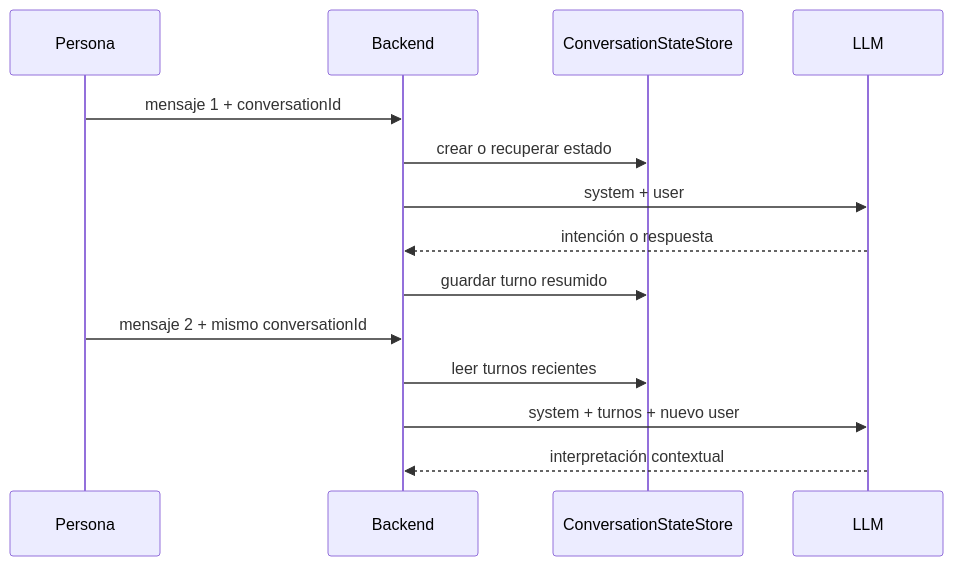
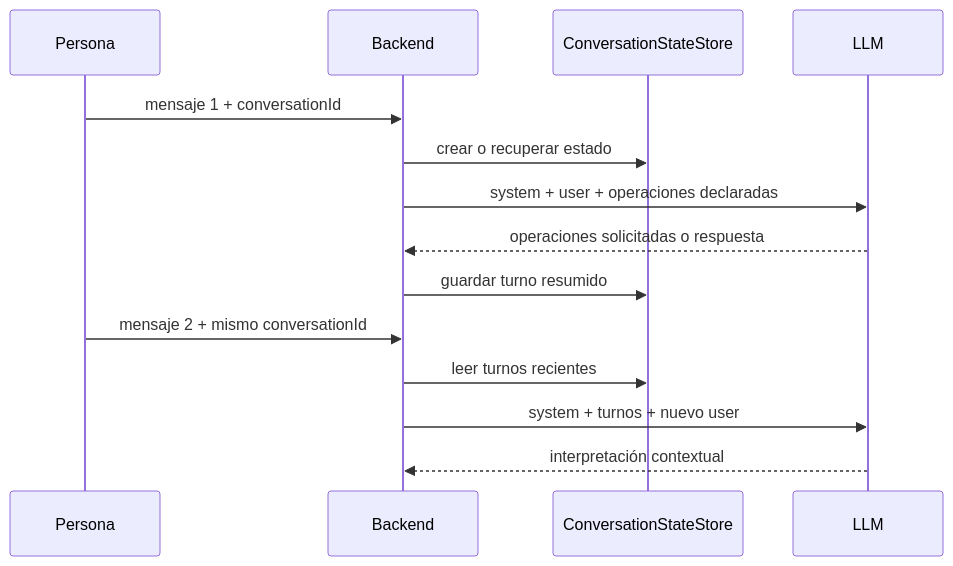
The third of 3 diagrams in docs/concepts/05-ia-llm-prompts-y-rag.md (devmauriciopineda/careme), drawn with Mermaid before and after one commit. The commit also changed other lines of this file and 117 other files, not shown here.

````diff
--- a/docs/concepts/05-ia-llm-prompts-y-rag.md
+++ b/docs/concepts/05-ia-llm-prompts-y-rag.md
@@ -297,16 +291,16 @@
 ```mermaid
 sequenceDiagram
         participant P as Persona
         participant B as Backend
         participant S as ConversationStateStore
         participant L as LLM
         P->>B: mensaje 1 + conversationId
         B->>S: crear o recuperar estado
-        B->>L: system + user
-        L-->>B: intención o respuesta
+        B->>L: system + user + operaciones declaradas
+        L-->>B: operaciones solicitadas o respuesta
         B->>S: guardar turno resumido
         P->>B: mensaje 2 + mismo conversationId
         B->>S: leer turnos recientes
         B->>L: system + turnos + nuevo user
         L-->>B: interpretación contextual
 ```
````
